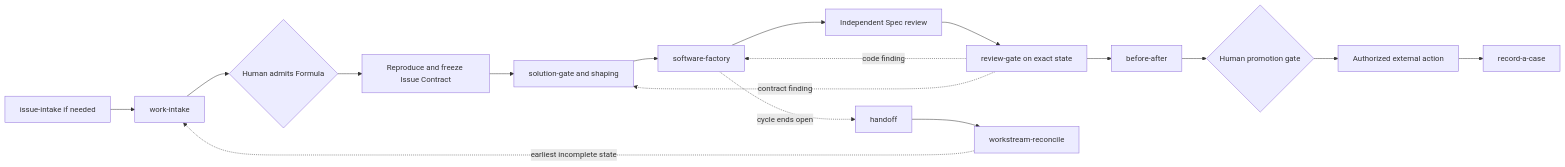
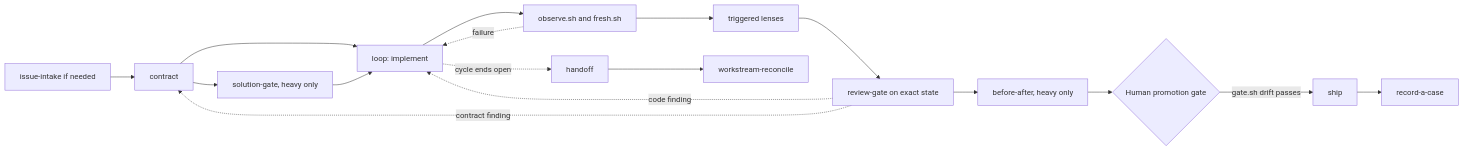
One commit to Railly/skills changed the diagram in README.md. Above: the diagram before and after it, drawn with Mermaid. The commit also changed other lines of this file and 15 other files, not shown here.

First line of the commit message:
chore: retire factory-loop, software-factory and work-intake

````diff
--- a/README.md
+++ b/README.md
@@ -105,19 +105,19 @@
 ```mermaid
 flowchart LR
-  Select[issue-intake if needed] --> Admit[work-intake]
-  Admit --> HumanA{Human admits Formula}
-  HumanA --> Contract[Reproduce and freeze Issue Contract]
-  Contract --> Shape[solution-gate and shaping]
-  Shape --> Factory[software-factory]
-  Factory --> Spec[Independent Spec review]
-  Spec --> Review[review-gate on exact state]
-  Review --> Show[before-after]
+  Select[issue-intake if needed] --> Contract[contract]
+  Contract --> Shape[solution-gate, heavy only]
+  Contract --> Implement
+  Shape --> Implement[loop: implement]
+  Implement --> Observe[observe.sh and fresh.sh]
+  Observe --> Lenses[triggered lenses]
+  Lenses --> Review[review-gate on exact state]
+  Review --> Show[before-after, heavy only]
   Show --> HumanP{Human promotion gate}
-  HumanP --> Deliver[Authorized external action]
+  HumanP -->|gate.sh drift passes| Deliver[ship]
   Deliver --> Case[record-a-case]
-  Review -.code finding.-> Factory
-  Review -.contract finding.-> Shape
-  Factory -.cycle ends open.-> Handoff[handoff]
+  Observe -.failure.-> Implement
+  Review -.code finding.-> Implement
+  Review -.contract finding.-> Contract
+  Implement -.cycle ends open.-> Handoff[handoff]
   Handoff --> Reconcile[workstream-reconcile]
-  Reconcile -.earliest incomplete state.-> Admit
 ```
````
